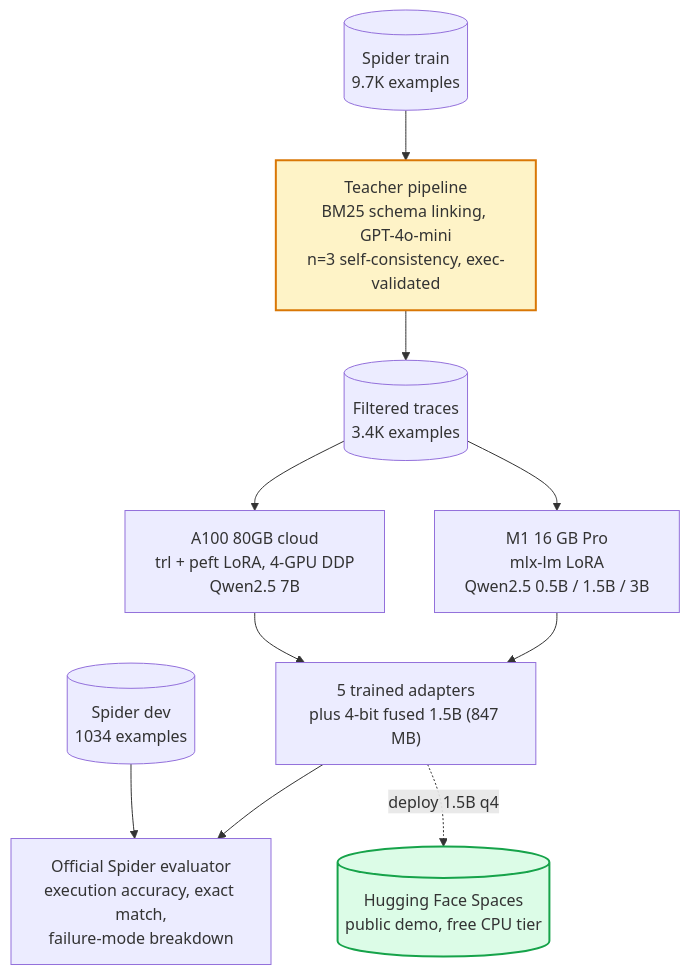
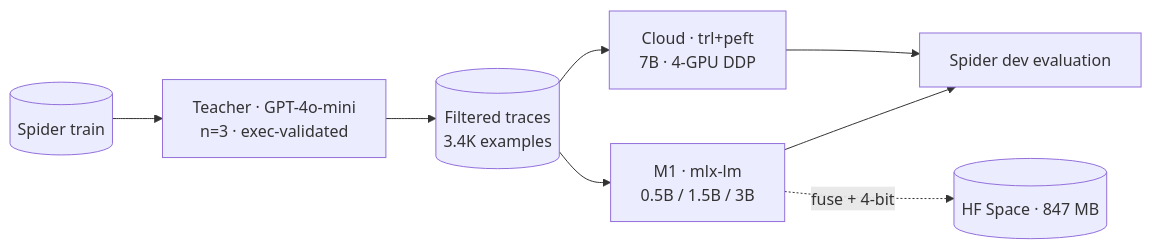
Before and after one commit to zxuhan/distill-sql: the diagram in README.md, drawn with Mermaid. The commit also changed other lines of this file and 4 other files, not shown here.

First line of the commit message:
docs: drop internal-process docs, flat badges, compact diagram

````diff
--- a/README.md
+++ b/README.md
@@ -148,27 +141,10 @@
 ```mermaid
-flowchart TB
-    spider[("Spider train<br/>9.7K examples")]
-    teacher["Teacher pipeline<br/>BM25 schema linking, GPT-4o-mini<br/>n=3 self-consistency, exec-validated"]
-    traces[("Filtered traces<br/>3.4K examples")]
-    mlx["M1 16 GB Pro<br/>mlx-lm LoRA<br/>Qwen2.5 0.5B / 1.5B / 3B"]
-    cloud["A100 80GB cloud<br/>trl + peft LoRA, 4-GPU DDP<br/>Qwen2.5 7B"]
-    adapters["5 trained adapters<br/>plus 4-bit fused 1.5B (847 MB)"]
-    spiderdev[("Spider dev<br/>1034 examples")]
-    eval["Official Spider evaluator<br/>execution accuracy, exact match,<br/>failure-mode breakdown"]
-    hf[("Hugging Face Spaces<br/>public demo, free CPU tier")]
-
-    spider --> teacher
-    teacher --> traces
-    traces --> mlx
-    traces --> cloud
-    mlx --> adapters
-    cloud --> adapters
-    adapters --> eval
-    spiderdev --> eval
-    adapters -. "deploy 1.5B q4" .-> hf
-
-    classDef deploy fill:#dcfce7,stroke:#16a34a,stroke-width:2px;
-    classDef teacher_style fill:#fef3c7,stroke:#d97706,stroke-width:2px;
-    class hf deploy;
-    class teacher teacher_style;
+flowchart LR
+    spider[(Spider train)] --> teacher[Teacher · GPT-4o-mini<br/>n=3 · exec-validated]
+    teacher --> traces[(Filtered traces<br/>3.4K examples)]
+    traces --> mlx[M1 · mlx-lm<br/>0.5B / 1.5B / 3B]
+    traces --> cloud[Cloud · trl+peft<br/>7B · 4-GPU DDP]
+    mlx --> eval[Spider dev evaluation]
+    cloud --> eval
+    mlx -. fuse + 4-bit .-> hf[(HF Space · 847 MB)]
 ```
````
